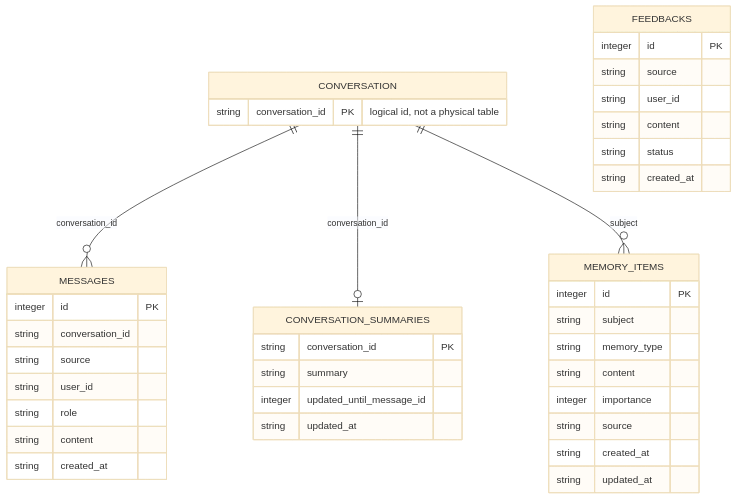
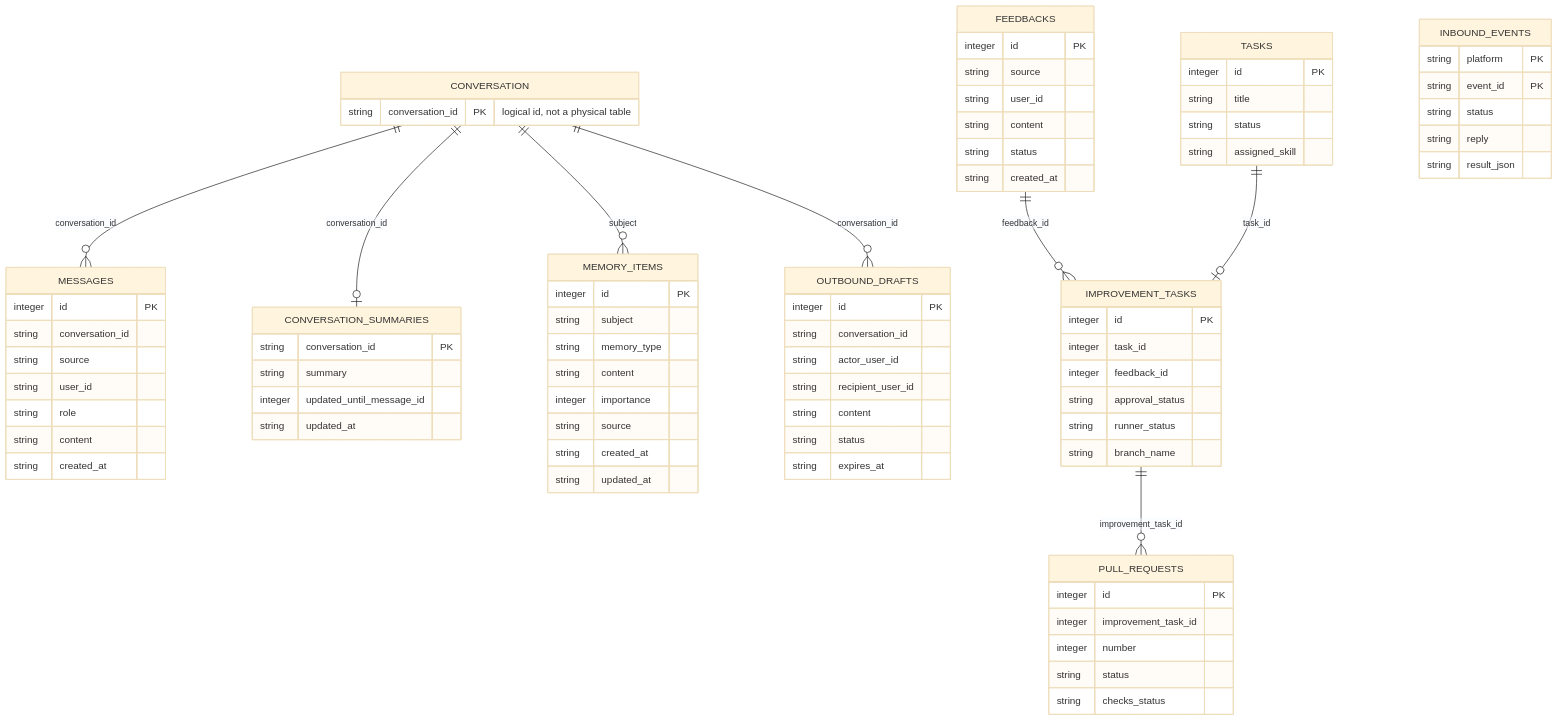
One commit to GugaBoBo-s/gugabobo changed the diagram in README.md. Above: the diagram before and after it, drawn with Mermaid (base theme). The commit also changed other lines of this file and 44 other files, not shown here.

````diff
--- a/README.md
+++ b/README.md
@@ -186,7 +201,53 @@
         string created_at
     }
 
+    TASKS {
+        integer id PK
+        string title
+        string status
+        string assigned_skill
+    }
+
+    IMPROVEMENT_TASKS {
+        integer id PK
+        integer task_id
+        integer feedback_id
+        string approval_status
+        string runner_status
+        string branch_name
+    }
+
+    PULL_REQUESTS {
+        integer id PK
+        integer improvement_task_id
+        integer number
+        string status
+        string checks_status
+    }
+
+    OUTBOUND_DRAFTS {
+        integer id PK
+        string conversation_id
+        string actor_user_id
+        string recipient_user_id
+        string content
+        string status
+        string expires_at
+    }
+
+    INBOUND_EVENTS {
+        string platform PK
+        string event_id PK
+        string status
+        string reply
+        string result_json
+    }
+
     CONVERSATION ||--o{ MESSAGES : "conversation_id"
     CONVERSATION ||--o| CONVERSATION_SUMMARIES : "conversation_id"
     CONVERSATION ||--o{ MEMORY_ITEMS : "subject"
+    CONVERSATION ||--o{ OUTBOUND_DRAFTS : "conversation_id"
+    FEEDBACKS ||--o{ IMPROVEMENT_TASKS : "feedback_id"
+    TASKS ||--o| IMPROVEMENT_TASKS : "task_id"
+    IMPROVEMENT_TASKS ||--o{ PULL_REQUESTS : "improvement_task_id"
 ```
````
